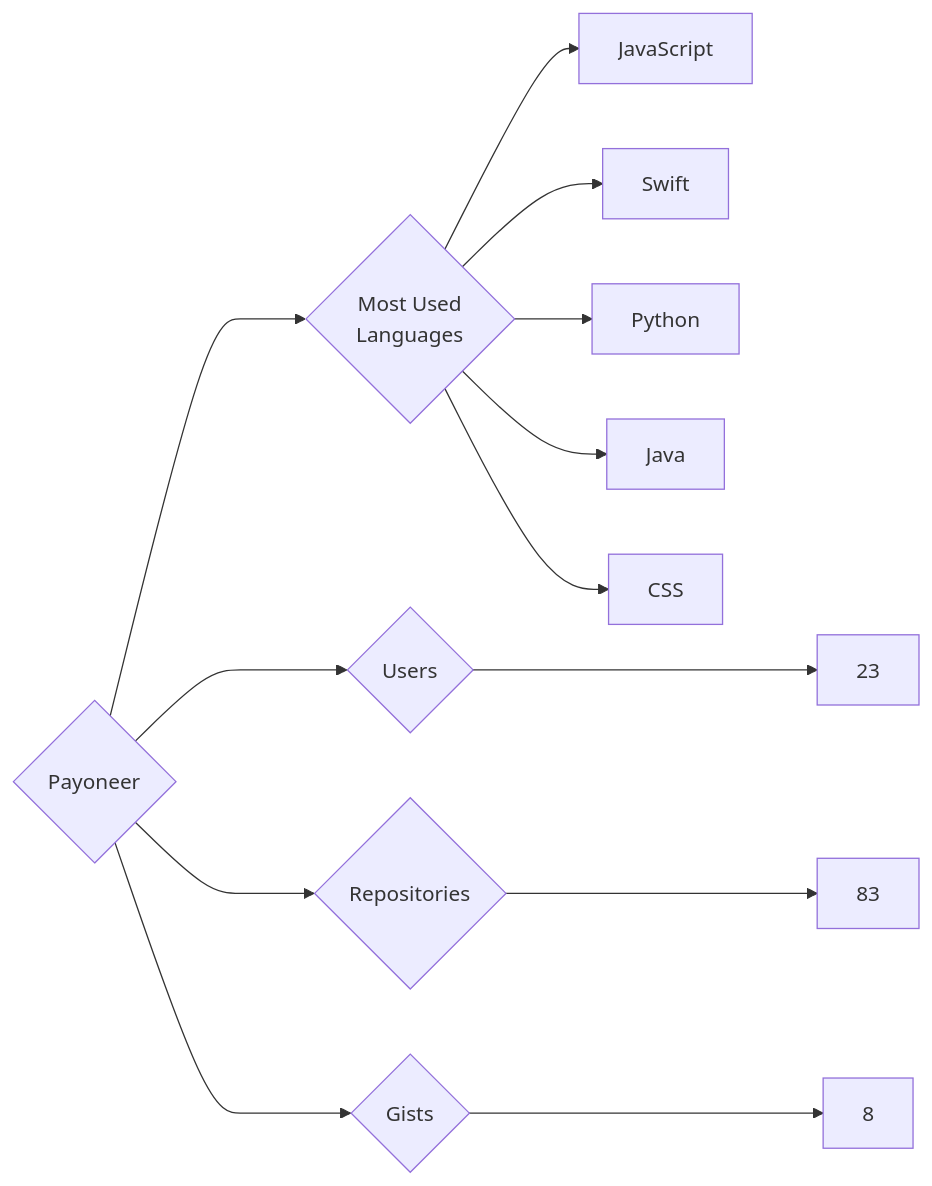
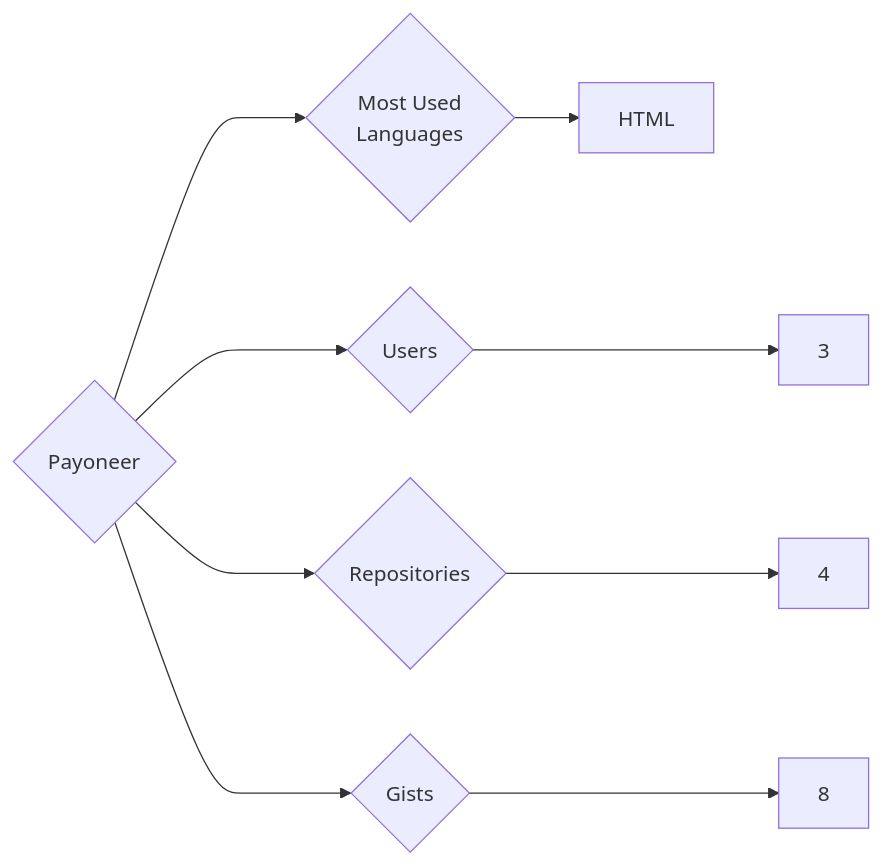
The diagram in targets/Payoneer/README.md (trickest/insiders), drawn with Mermaid before and after one commit. The commit also changed 806 other files, not shown here.

````diff
--- a/targets/Payoneer/README.md
+++ b/targets/Payoneer/README.md
@@ -3,13 +3,9 @@
 ```mermaid
 graph LR
 COMPANY_NAME{Payoneer}
-COMPANY_NAME ---> U{Users} ---> UN[23]
-COMPANY_NAME ---> R{Repositories} ---> RN[83]
+COMPANY_NAME ---> U{Users} ---> UN[3]
+COMPANY_NAME ---> R{Repositories} ---> RN[4]
 COMPANY_NAME ---> G{Gists} ---> GN[8]
 COMPANY_NAME ---> ML{Most Used<br>Languages}
-ML --> JavaScript[JavaScript]
-ML --> Swift[Swift]
-ML --> Python[Python]
-ML --> Java[Java]
-ML --> CSS[CSS]
+ML --> HTML[HTML]
 ```
````
